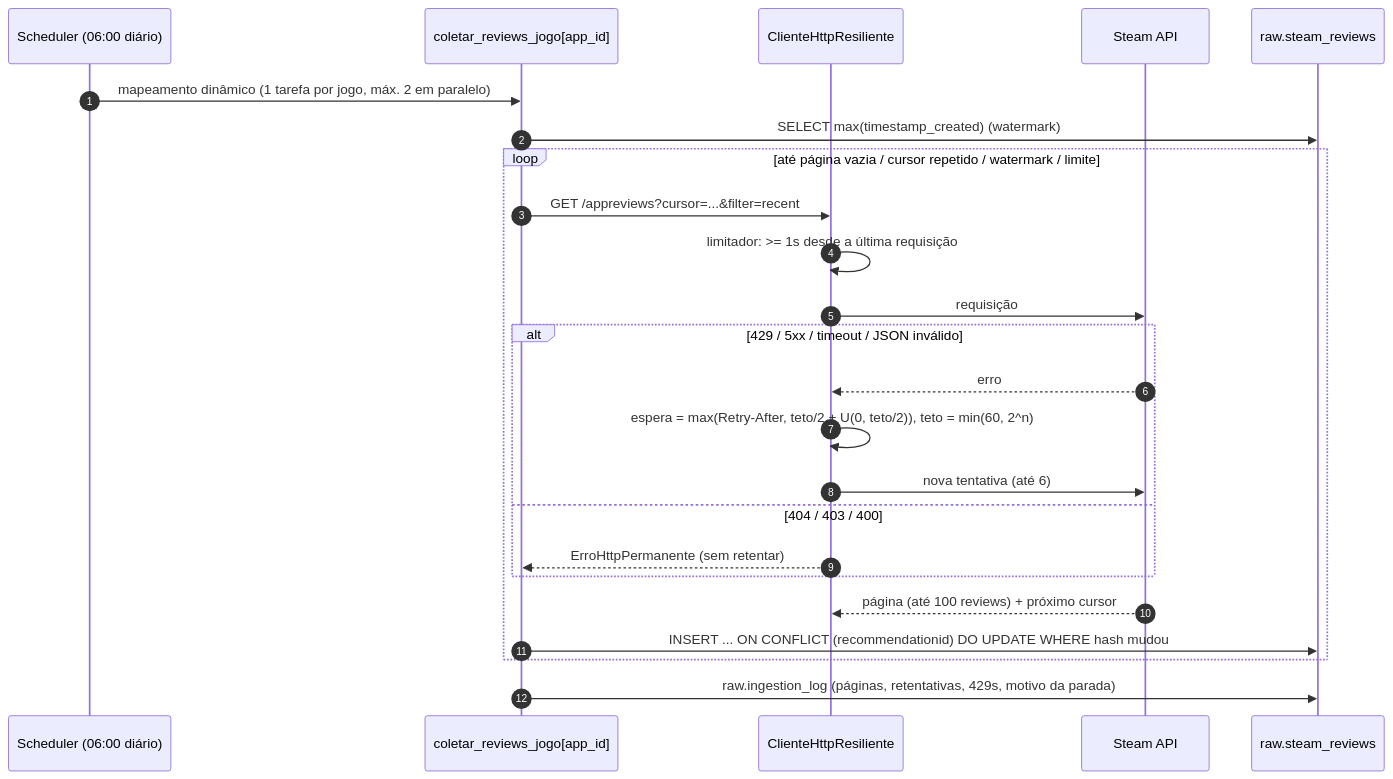
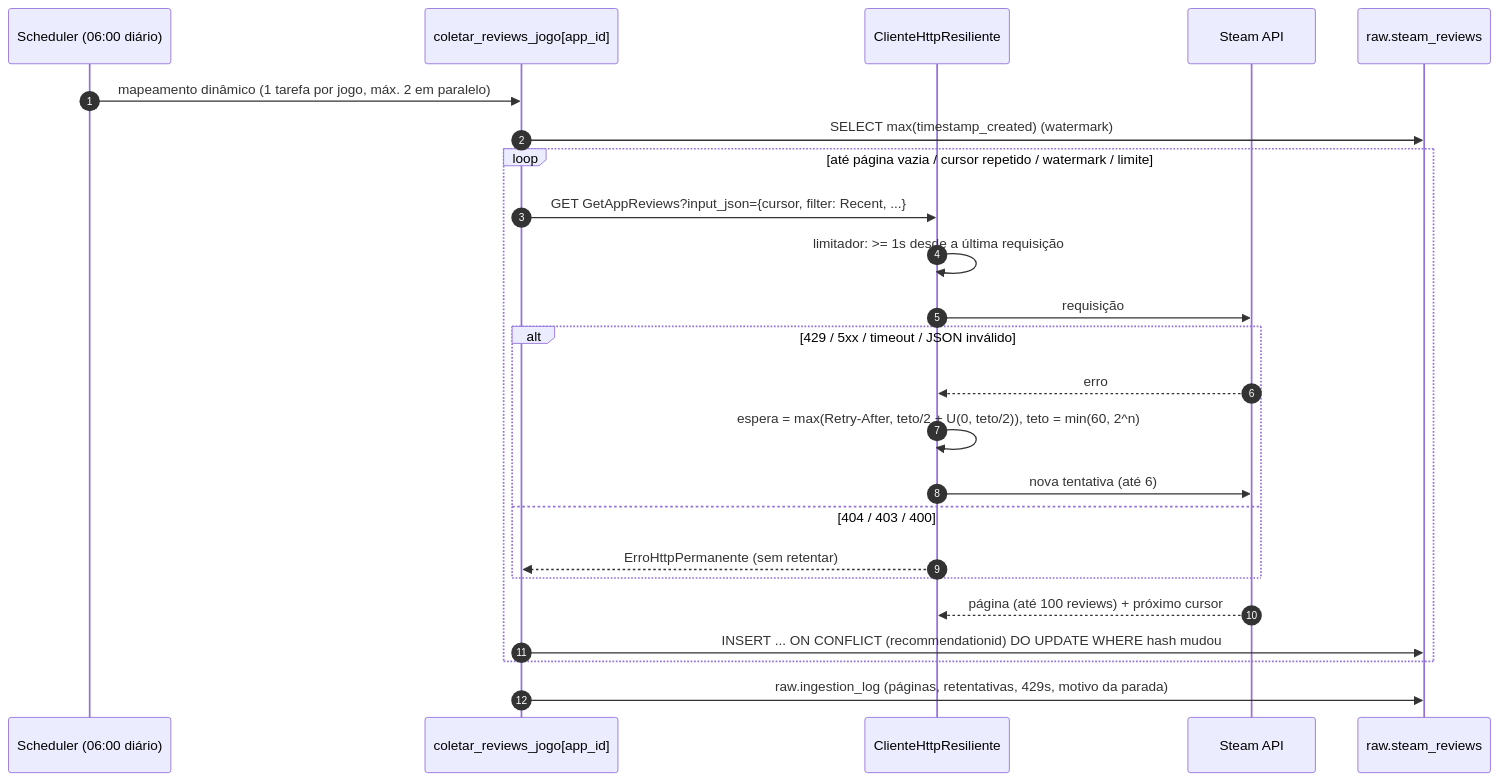
The second of 3 diagrams in docs/arquitetura.md (jgleao/projeto-t2-fucape), drawn with Mermaid before and after one commit. The commit also changed other lines of this file and 12 other files, not shown here.

First line of the commit message:
Migra para IUserReviewsService/GetAppReviews e publica resultados com dados reais

````diff
--- a/docs/arquitetura.md
+++ b/docs/arquitetura.md
@@ -57,27 +57,27 @@
 ```mermaid
 sequenceDiagram
     autonumber
     participant S as Scheduler (06:00 diário)
     participant T as coletar_reviews_jogo[app_id]
     participant H as ClienteHttpResiliente
     participant API as Steam API
     participant R as raw.steam_reviews
 
     S->>T: mapeamento dinâmico (1 tarefa por jogo, máx. 2 em paralelo)
     T->>R: SELECT max(timestamp_created) (watermark)
     loop até página vazia / cursor repetido / watermark / limite
-        T->>H: GET /appreviews?cursor=...&filter=recent
+        T->>H: GET GetAppReviews?input_json={cursor, filter: Recent, ...}
         H->>H: limitador: >= 1s desde a última requisição
         H->>API: requisição
         alt 429 / 5xx / timeout / JSON inválido
             API-->>H: erro
             H->>H: espera = max(Retry-After, teto/2 + U(0, teto/2)), teto = min(60, 2^n)
             H->>API: nova tentativa (até 6)
         else 404 / 403 / 400
             H-->>T: ErroHttpPermanente (sem retentar)
         end
         API-->>H: página (até 100 reviews) + próximo cursor
         T->>R: INSERT ... ON CONFLICT (recommendationid) DO UPDATE WHERE hash mudou
     end
     T->>R: raw.ingestion_log (páginas, retentativas, 429s, motivo da parada)
 ```
````
